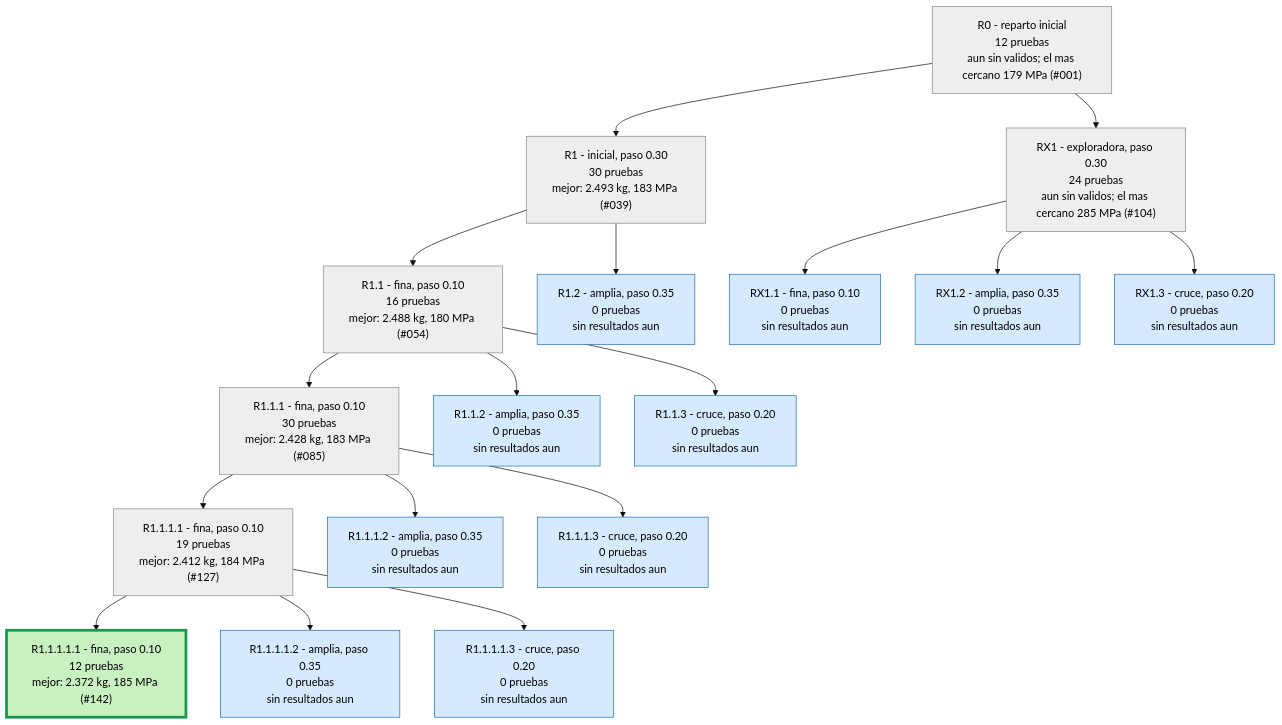
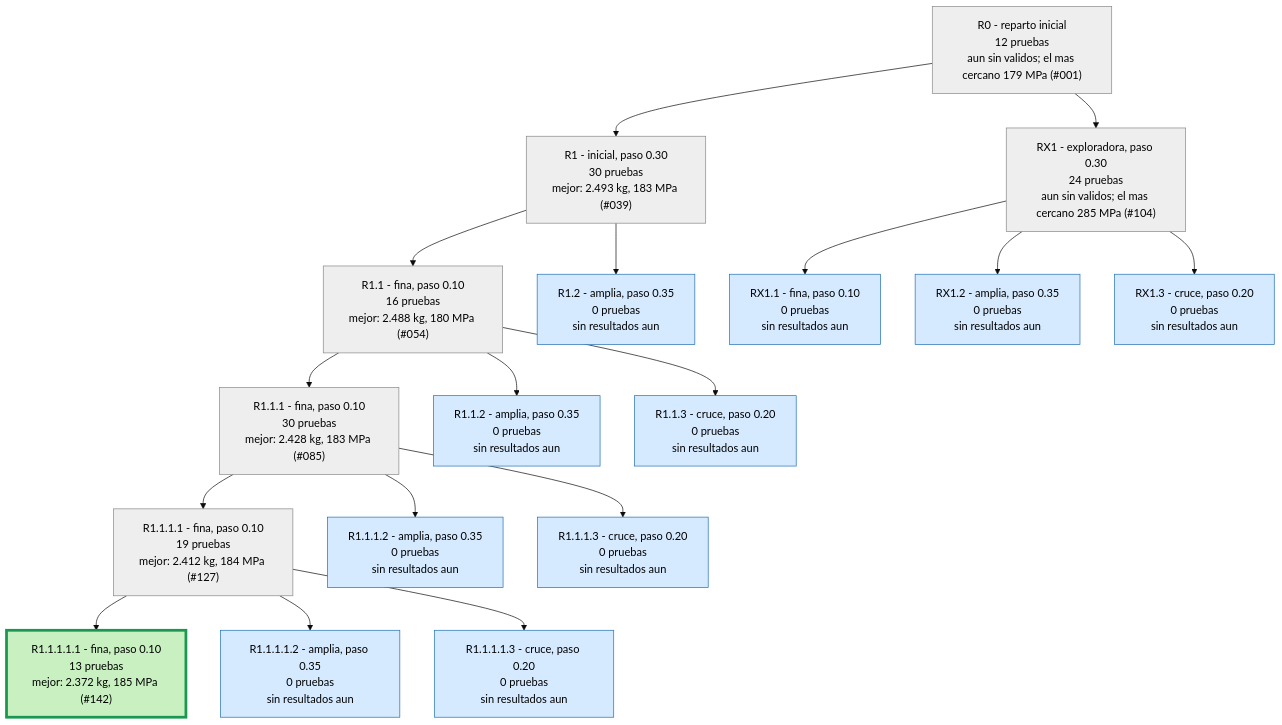
One commit to Hugiko/msd-soporte-optimizacion changed the second of 3 diagrams in runs/opt_37800N/ARBOL.md. Above: the diagram before and after it, drawn with Mermaid (base theme). The commit also changed 20 other files, not shown here.

````diff
--- a/runs/opt_37800N/ARBOL.md
+++ b/runs/opt_37800N/ARBOL.md
@@ -29,39 +29,39 @@
 ```mermaid
 graph TD
 classDef activa fill:#d6eaff,stroke:#1f6fb5,color:#000
 classDef fin fill:#eeeeee,stroke:#888,color:#000
 classDef mejor fill:#c8f0c0,stroke:#1a9850,stroke-width:4px,color:#000
 R0["R0 - reparto inicial<br/>12 pruebas<br/>aun sin validos; el mas cercano 179 MPa (#001)"]:::fin
 R1["R1 - inicial, paso 0.30<br/>30 pruebas<br/>mejor: 2.493 kg, 183 MPa (#039)"]:::fin
 R0 --> R1
 R1_1["R1.1 - fina, paso 0.10<br/>16 pruebas<br/>mejor: 2.488 kg, 180 MPa (#054)"]:::fin
 R1 --> R1_1
 R1_2["R1.2 - amplia, paso 0.35<br/>0 pruebas<br/>sin resultados aun"]:::activa
 R1 --> R1_2
 R1_1_1["R1.1.1 - fina, paso 0.10<br/>30 pruebas<br/>mejor: 2.428 kg, 183 MPa (#085)"]:::fin
 R1_1 --> R1_1_1
 R1_1_2["R1.1.2 - amplia, paso 0.35<br/>0 pruebas<br/>sin resultados aun"]:::activa
 R1_1 --> R1_1_2
 R1_1_3["R1.1.3 - cruce, paso 0.20<br/>0 pruebas<br/>sin resultados aun"]:::activa
 R1_1 --> R1_1_3
 R1_1_1_1["R1.1.1.1 - fina, paso 0.10<br/>19 pruebas<br/>mejor: 2.412 kg, 184 MPa (#127)"]:::fin
 R1_1_1 --> R1_1_1_1
 R1_1_1_2["R1.1.1.2 - amplia, paso 0.35<br/>0 pruebas<br/>sin resultados aun"]:::activa
 R1_1_1 --> R1_1_1_2
 R1_1_1_3["R1.1.1.3 - cruce, paso 0.20<br/>0 pruebas<br/>sin resultados aun"]:::activa
 R1_1_1 --> R1_1_1_3
 RX1["RX1 - exploradora, paso 0.30<br/>24 pruebas<br/>aun sin validos; el mas cercano 285 MPa (#104)"]:::fin
 R0 --> RX1
 RX1_1["RX1.1 - fina, paso 0.10<br/>0 pruebas<br/>sin resultados aun"]:::activa
 RX1 --> RX1_1
 RX1_2["RX1.2 - amplia, paso 0.35<br/>0 pruebas<br/>sin resultados aun"]:::activa
 RX1 --> RX1_2
 RX1_3["RX1.3 - cruce, paso 0.20<br/>0 pruebas<br/>sin resultados aun"]:::activa
 RX1 --> RX1_3
-R1_1_1_1_1["R1.1.1.1.1 - fina, paso 0.10<br/>12 pruebas<br/>mejor: 2.372 kg, 185 MPa (#142)"]:::mejor
+R1_1_1_1_1["R1.1.1.1.1 - fina, paso 0.10<br/>13 pruebas<br/>mejor: 2.372 kg, 185 MPa (#142)"]:::mejor
 R1_1_1_1 --> R1_1_1_1_1
 R1_1_1_1_2["R1.1.1.1.2 - amplia, paso 0.35<br/>0 pruebas<br/>sin resultados aun"]:::activa
 R1_1_1_1 --> R1_1_1_1_2
 R1_1_1_1_3["R1.1.1.1.3 - cruce, paso 0.20<br/>0 pruebas<br/>sin resultados aun"]:::activa
 R1_1_1_1 --> R1_1_1_1_3
 ```
````
